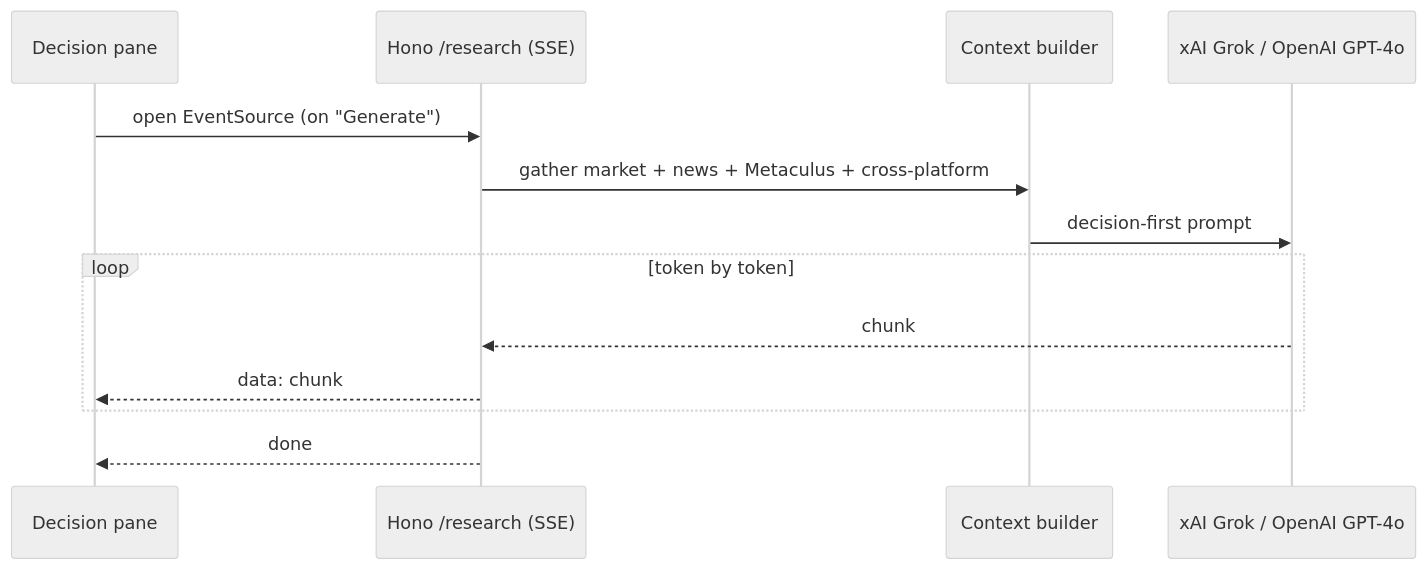
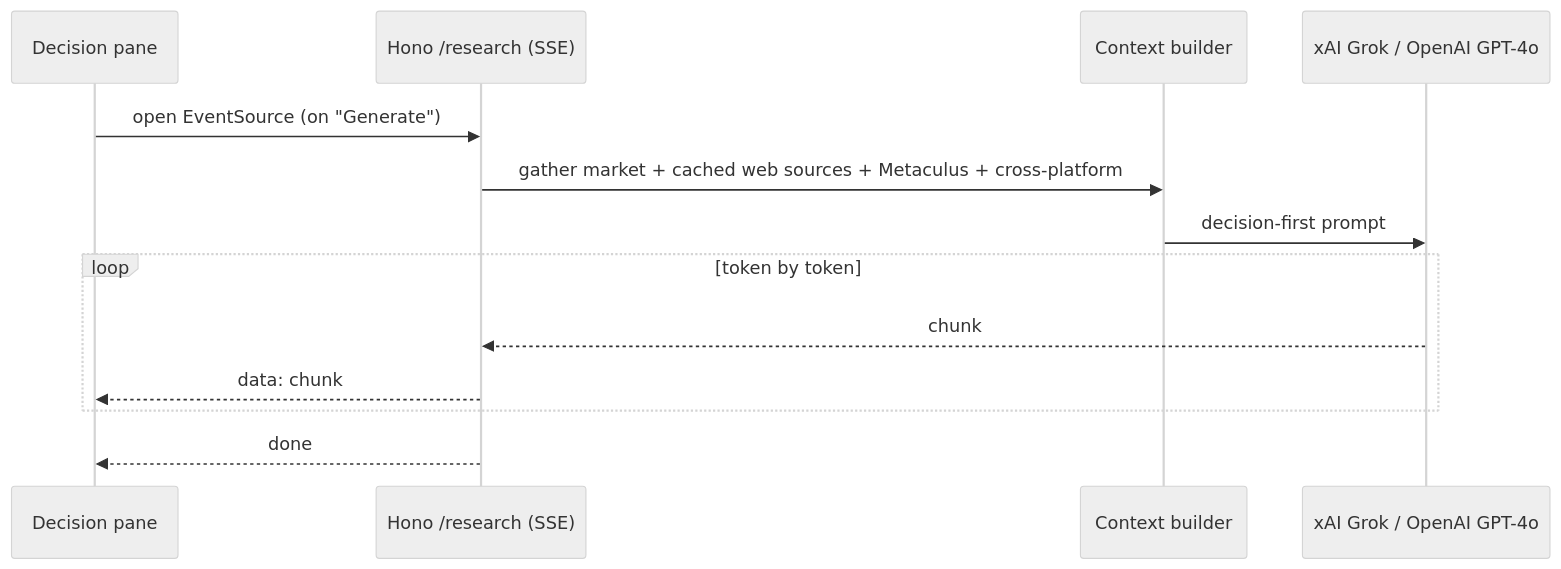
The third of 3 diagrams in docs/ARCHITECTURE.md (anikeitvadi/parity), drawn with Mermaid (neutral theme) before and after one commit. The commit also changed other lines of this file and 35 other files, not shown here.

````diff
--- a/docs/ARCHITECTURE.md
+++ b/docs/ARCHITECTURE.md
@@ -95,15 +98,15 @@
 ```mermaid
 sequenceDiagram
     participant UI as Decision pane
     participant API as Hono /research (SSE)
     participant CTX as Context builder
     participant LLM as xAI Grok / OpenAI GPT-4o
     UI->>API: open EventSource (on "Generate")
-    API->>CTX: gather market + news + Metaculus + cross-platform
+    API->>CTX: gather market + cached web sources + Metaculus + cross-platform
     CTX->>LLM: decision-first prompt
     loop token by token
         LLM-->>API: chunk
         API-->>UI: data: chunk
     end
     API-->>UI: done
 ```
````
